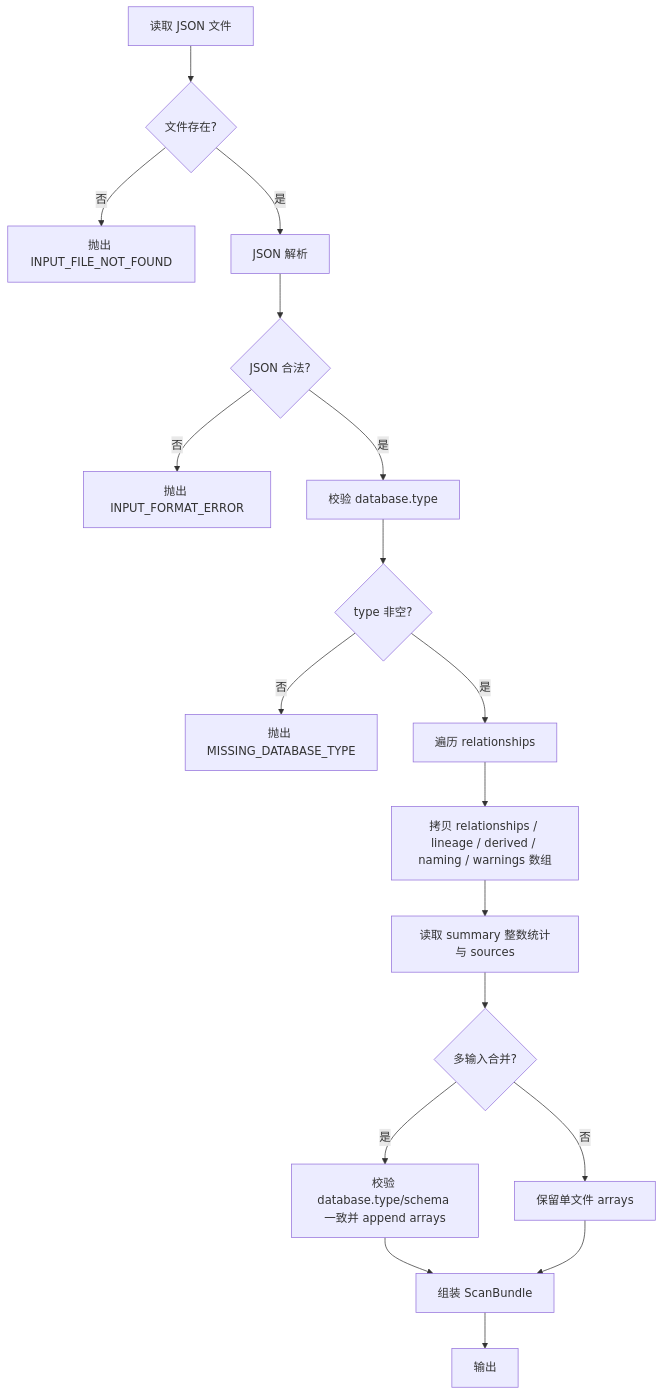
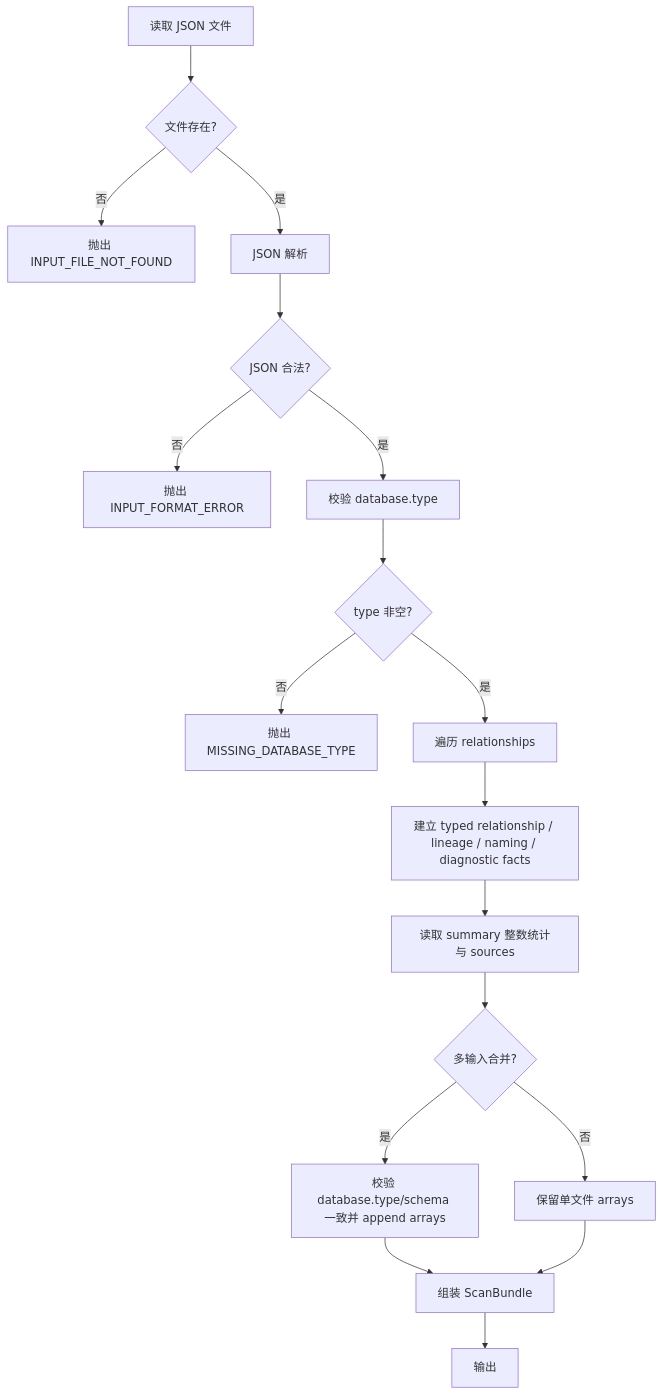
The first of 4 diagrams in docs/design/semantic-layer/01-scan-result-reader.md (xiaoguang/relation-detector), drawn with Mermaid before and after one commit. The commit also changed other lines of this file and 459 other files, not shown here.

Commit message:
refactor: optimize parser architecture and verification

````diff
--- a/docs/design/semantic-layer/01-scan-result-reader.md
+++ b/docs/design/semantic-layer/01-scan-result-reader.md
@@ -150,20 +150,20 @@
 ```mermaid
 flowchart TD
     A[读取 JSON 文件] --> B{文件存在?}
     B -- 否 --> E1[抛出 INPUT_FILE_NOT_FOUND]
     B -- 是 --> C[JSON 解析]
     C --> D{JSON 合法?}
     D -- 否 --> E2[抛出 INPUT_FORMAT_ERROR]
     D -- 是 --> F[校验 database.type]
     F --> G{type 非空?}
     G -- 否 --> E3[抛出 MISSING_DATABASE_TYPE]
     G -- 是 --> H[遍历 relationships]
-    H --> I[拷贝 relationships / lineage / derived / naming / warnings 数组]
+    H --> I[建立 typed relationship / lineage / naming / diagnostic facts]
     I --> J[读取 summary 整数统计与 sources]
     J --> K{多输入合并?}
     K -- 是 --> L[校验 database.type/schema 一致并 append arrays]
     K -- 否 --> M[保留单文件 arrays]
     L --> N[组装 ScanBundle]
     M --> N
     N --> O[输出]
 ```
````
